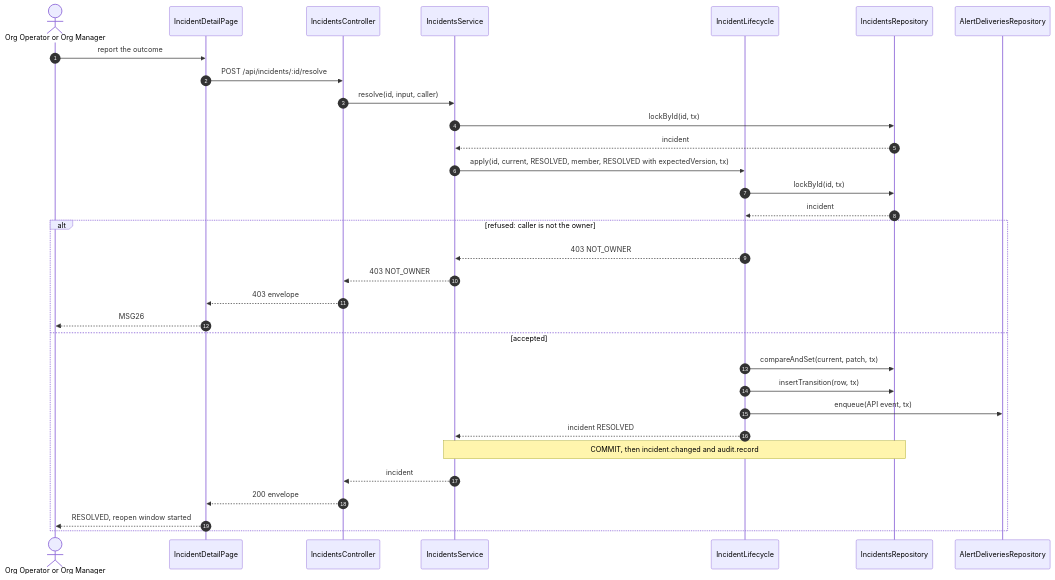
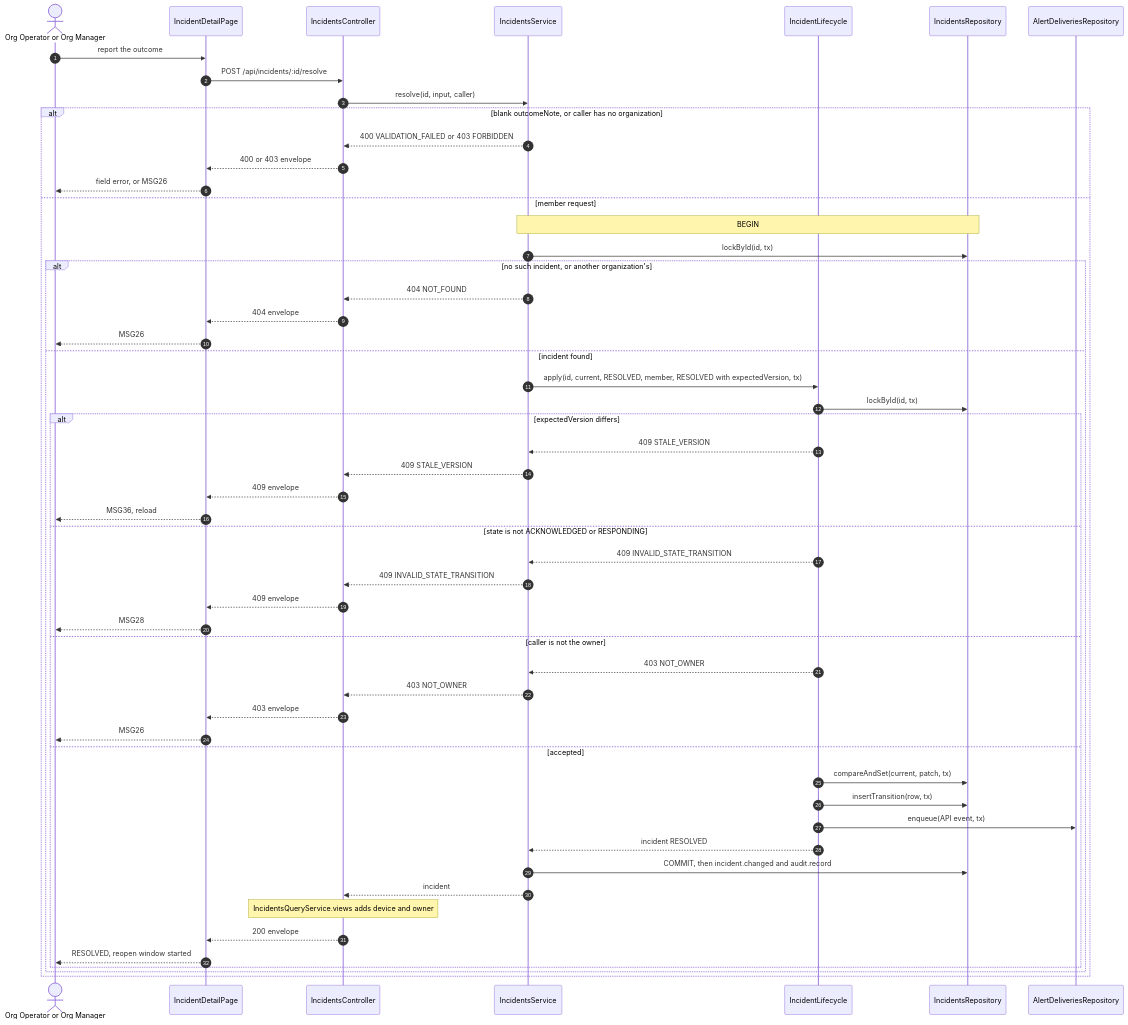
One commit to TrekLink-Team/treklink-web changed the second of 2 diagrams in specs/incidents/api-design/06-post-incidents-id-resolve.md. Above: the diagram before and after it, drawn with Mermaid. The commit also changed 8 other files, not shown here.

First line of the commit message:
docs: draw every failure branch in the incidents sequences

````diff
--- a/specs/incidents/api-design/06-post-incidents-id-resolve.md
+++ b/specs/incidents/api-design/06-post-incidents-id-resolve.md
@@ -249,34 +249,56 @@
 ```mermaid
 sequenceDiagram
     autonumber
     actor U as Org Operator or Org Manager
     participant P as IncidentDetailPage
     participant Ctl as IncidentsController
     participant Svc as IncidentsService
     participant L as IncidentLifecycle
     participant R as IncidentsRepository
     participant Ob as AlertDeliveriesRepository
     U->>P: report the outcome
     P->>Ctl: POST /api/incidents/:id/resolve
     Ctl->>Svc: resolve(id, input, caller)
-    Svc->>R: lockById(id, tx)
-    R-->>Svc: incident
-    Svc->>L: apply(id, current, RESOLVED, member, RESOLVED with expectedVersion, tx)
-    L->>R: lockById(id, tx)
-    R-->>L: incident
-    alt refused: caller is not the owner
-        L-->>Svc: 403 NOT_OWNER
-        Svc-->>Ctl: 403 NOT_OWNER
-        Ctl-->>P: 403 envelope
-        P-->>U: MSG26
-    else accepted
-        L->>R: compareAndSet(current, patch, tx)
-        L->>R: insertTransition(row, tx)
-        L->>Ob: enqueue(API event, tx)
-        L-->>Svc: incident RESOLVED
-        Note over Svc,R: COMMIT, then incident.changed and audit.record
-        Svc-->>Ctl: incident
-        Ctl-->>P: 200 envelope
-        P-->>U: RESOLVED, reopen window started
+    alt blank outcomeNote, or caller has no organization
+        Svc-->>Ctl: 400 VALIDATION_FAILED or 403 FORBIDDEN
+        Ctl-->>P: 400 or 403 envelope
+        P-->>U: field error, or MSG26
+    else member request
+        Note over Svc,R: BEGIN
+        Svc->>R: lockById(id, tx)
+        alt no such incident, or another organization's
+            Svc-->>Ctl: 404 NOT_FOUND
+            Ctl-->>P: 404 envelope
+            P-->>U: MSG26
+        else incident found
+            Svc->>L: apply(id, current, RESOLVED, member, RESOLVED with expectedVersion, tx)
+            L->>R: lockById(id, tx)
+            alt expectedVersion differs
+                L-->>Svc: 409 STALE_VERSION
+                Svc-->>Ctl: 409 STALE_VERSION
+                Ctl-->>P: 409 envelope
+                P-->>U: MSG36, reload
+            else state is not ACKNOWLEDGED or RESPONDING
+                L-->>Svc: 409 INVALID_STATE_TRANSITION
+                Svc-->>Ctl: 409 INVALID_STATE_TRANSITION
+                Ctl-->>P: 409 envelope
+                P-->>U: MSG28
+            else caller is not the owner
+                L-->>Svc: 403 NOT_OWNER
+                Svc-->>Ctl: 403 NOT_OWNER
+                Ctl-->>P: 403 envelope
+                P-->>U: MSG26
+            else accepted
+                L->>R: compareAndSet(current, patch, tx)
+                L->>R: insertTransition(row, tx)
+                L->>Ob: enqueue(API event, tx)
+                L-->>Svc: incident RESOLVED
+                Svc->>R: COMMIT, then incident.changed and audit.record
+                Svc-->>Ctl: incident
+                Note over Ctl: IncidentsQueryService.views adds device and owner
+                Ctl-->>P: 200 envelope
+                P-->>U: RESOLVED, reopen window started
+            end
+        end
     end
 ```
````
